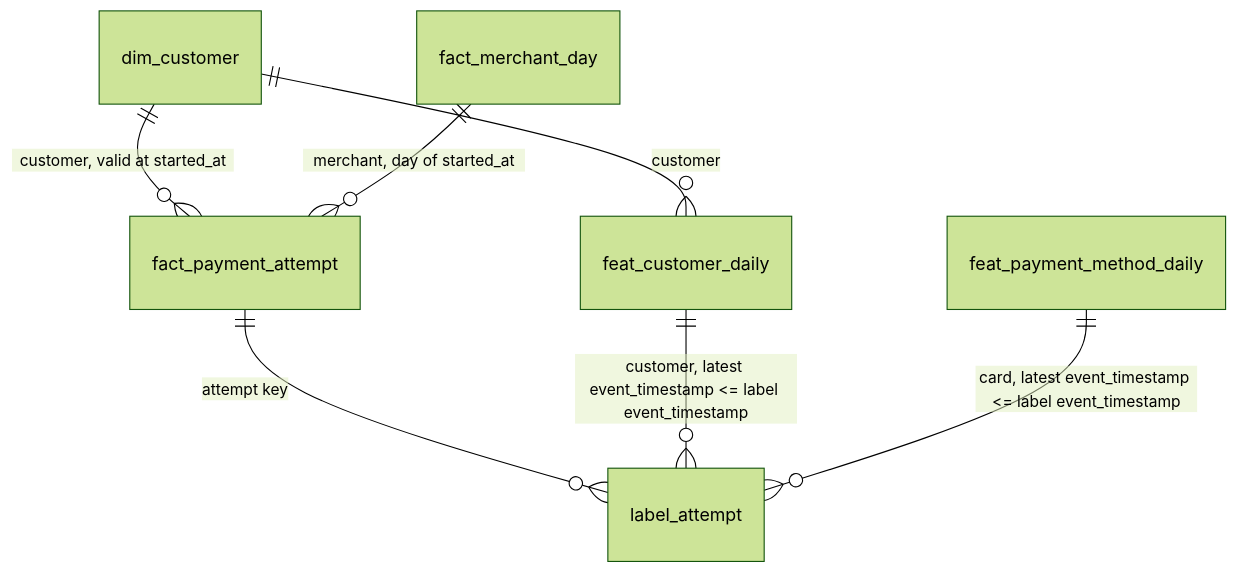
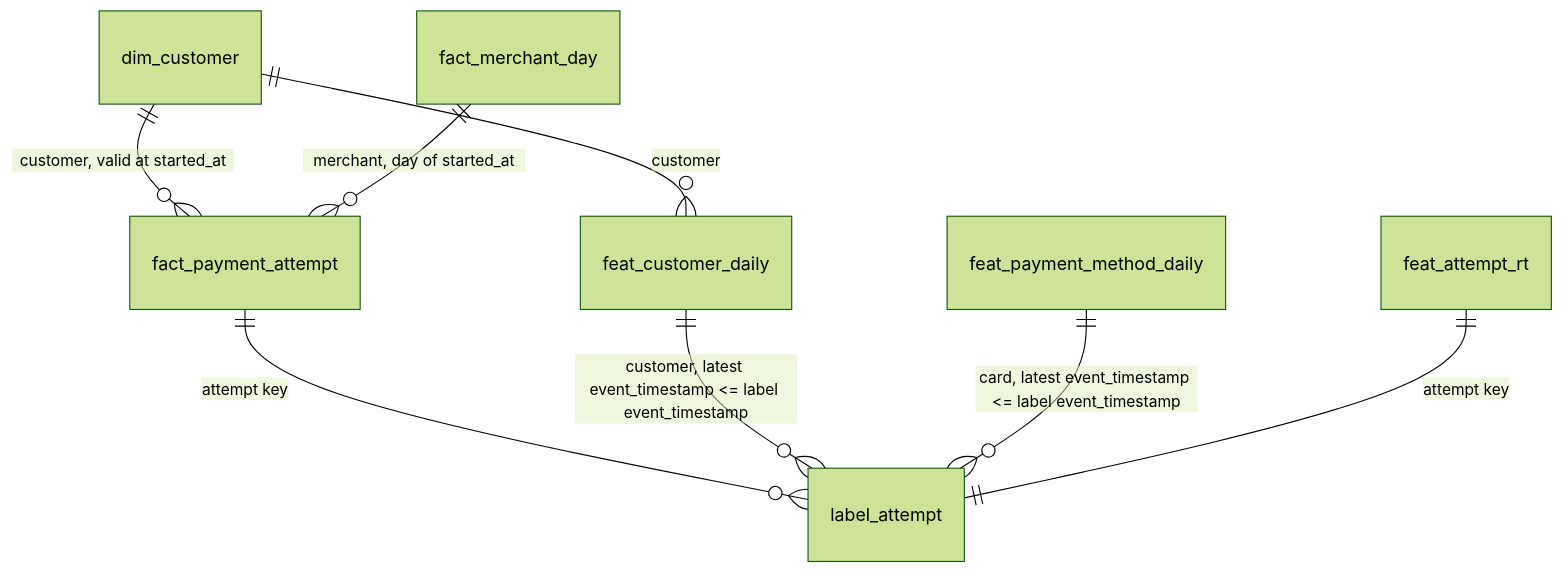
One commit to phuchoang2603/payment-gateway-fraud-detection changed the diagram in docs/data/offline.md. Above: the diagram before and after it, drawn with Mermaid (forest theme). The commit also changed other lines of this file and 28 other files, not shown here.

````diff
--- a/docs/data/offline.md
+++ b/docs/data/offline.md
@@ -113,9 +114,10 @@
 ```mermaid
 erDiagram
     dim_customer ||--o{ fact_payment_attempt : "customer, valid at started_at"
     fact_merchant_day ||--o{ fact_payment_attempt : "merchant, day of started_at"
     fact_payment_attempt ||--o{ label_attempt : "attempt key"
     feat_customer_daily ||--o{ label_attempt : "customer, latest event_timestamp <= label event_timestamp"
     feat_payment_method_daily ||--o{ label_attempt : "card, latest event_timestamp <= label event_timestamp"
+    feat_attempt_rt ||--|| label_attempt : "attempt key"
     dim_customer ||--o{ feat_customer_daily : "customer"
 ```
````
